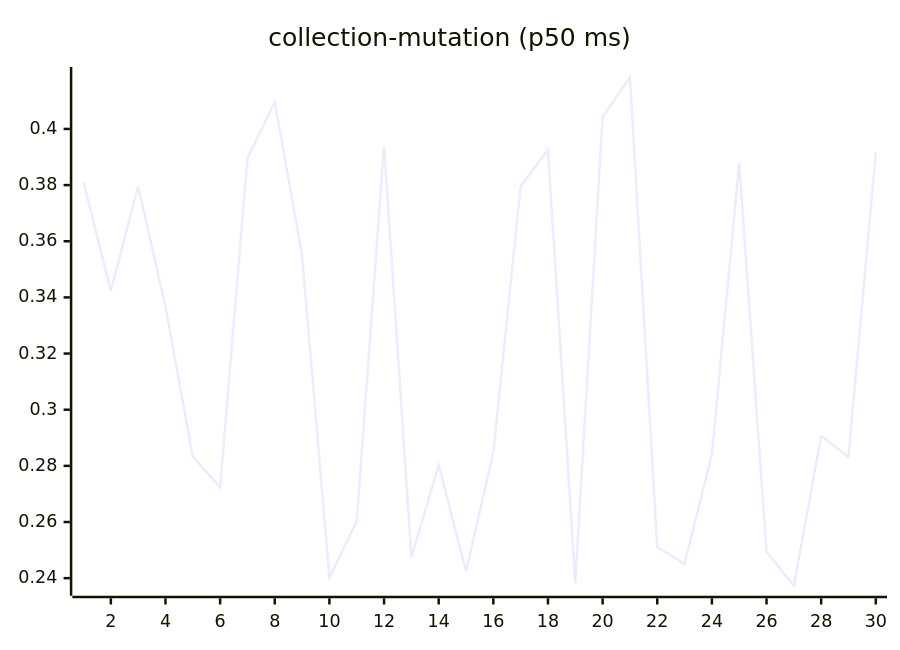
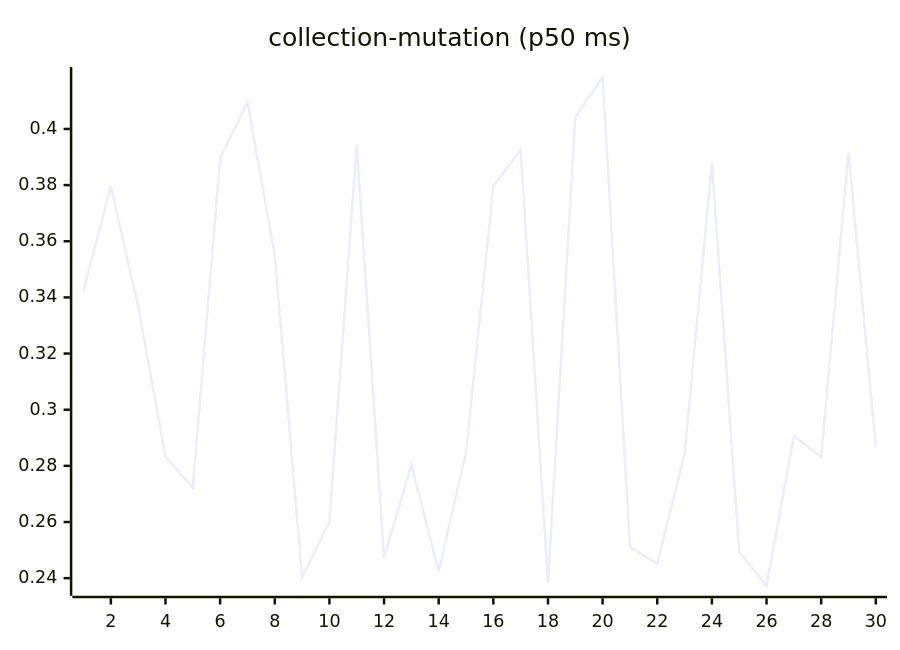
Before and after one commit to josha/Facet: the sixth of 27 diagrams in README.md, drawn with Mermaid. The commit also changed other lines of this file and 2 other files, not shown here.

````diff
--- a/README.md
+++ b/README.md
@@ -98,6 +98,6 @@
 ```mermaid
 xychart-beta
     title "collection-mutation (p50 ms)"
     x-axis 1 --> 30
-    line [0.3811, 0.3424, 0.3796, 0.3367, 0.2833, 0.2723, 0.3895, 0.4096, 0.3550, 0.2402, 0.2602, 0.3941, 0.2474, 0.2803, 0.2424, 0.2848, 0.3796, 0.3926, 0.2382, 0.4042, 0.4185, 0.2511, 0.2451, 0.2840, 0.3878, 0.2493, 0.2373, 0.2906, 0.2832, 0.3918]
+    line [0.3424, 0.3796, 0.3367, 0.2833, 0.2723, 0.3895, 0.4096, 0.3550, 0.2402, 0.2602, 0.3941, 0.2474, 0.2803, 0.2424, 0.2848, 0.3796, 0.3926, 0.2382, 0.4042, 0.4185, 0.2511, 0.2451, 0.2840, 0.3878, 0.2493, 0.2373, 0.2906, 0.2832, 0.3918, 0.2865]
 ```
````
